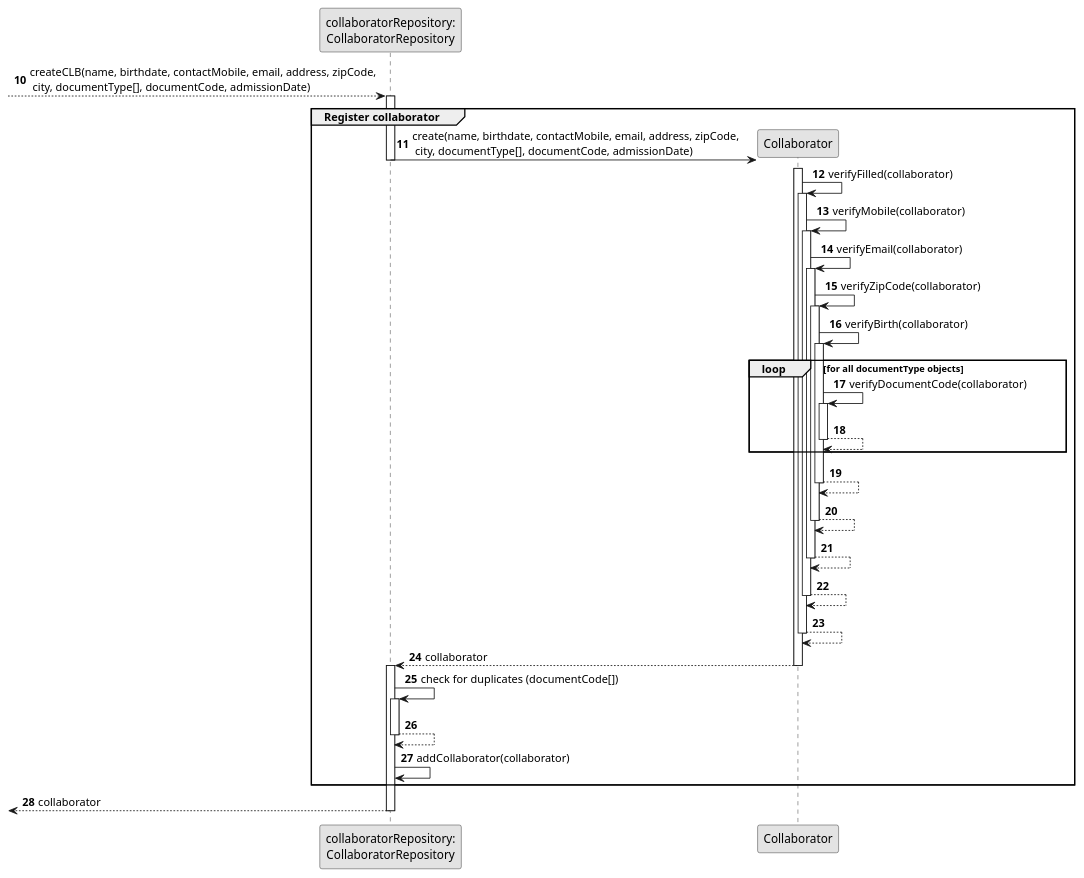
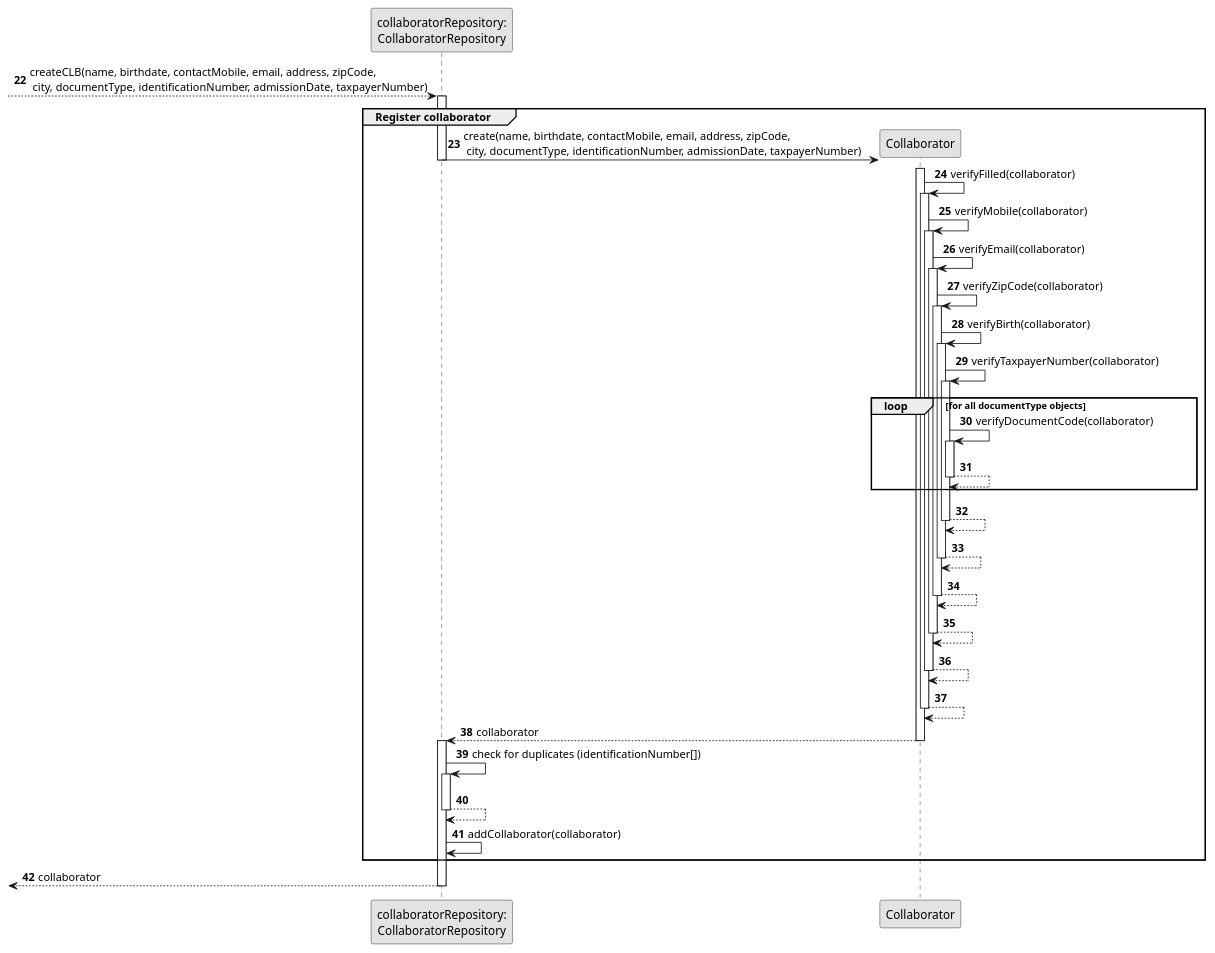
The diagram in docs/sprintB/us003/03.design/puml/us003-sequence-diagram-partial-register-collab.puml (ricardomm7/leaflink), drawn with PlantUML before and after one commit. The commit also changed 6 other files, not shown here.

```diff
--- a/docs/sprintB/us003/03.design/puml/us003-sequence-diagram-partial-register-collab.puml
+++ b/docs/sprintB/us003/03.design/puml/us003-sequence-diagram-partial-register-collab.puml
@@ -1,63 +1,67 @@
 @startuml
 skinparam monochrome true
 skinparam packageStyle rectangle
 skinparam shadowing false
 
 participant "collaboratorRepository:\nCollaboratorRepository" as CLBREP
 participant "Collaborator" as CLB
 
-autonumber 10
---> CLBREP: createCLB(name, birthdate, contactMobile, email, address, zipCode,\n city, documentType[], documentCode, admissionDate)
+autonumber 22
+--> CLBREP: createCLB(name, birthdate, contactMobile, email, address, zipCode,\n city, documentType, identificationNumber, admissionDate, taxpayerNumber)
 activate CLBREP
     group Register collaborator
-    CLBREP->CLB** : create(name, birthdate, contactMobile, email, address, zipCode,\n city, documentType[], documentCode, admissionDate)
+    CLBREP->CLB** : create(name, birthdate, contactMobile, email, address, zipCode,\n city, documentType, identificationNumber, admissionDate, taxpayerNumber)
 deactivate CLBREP
 
         activate CLB
         CLB -> CLB : verifyFilled(collaborator)
         activate CLB
         CLB -> CLB : verifyMobile(collaborator)
         activate CLB
         CLB -> CLB : verifyEmail(collaborator)
         activate CLB
         CLB -> CLB : verifyZipCode(collaborator)
         activate CLB
         CLB -> CLB : verifyBirth(collaborator)
+        activate CLB
+        CLB -> CLB : verifyTaxpayerNumber(collaborator)
         activate CLB
 
         loop for all documentType objects
         CLB -> CLB : verifyDocumentCode(collaborator)
         activate CLB
         CLB --> CLB
         deactivate CLB
         end loop
 
         CLB --> CLB
         deactivate CLB
         CLB --> CLB
         deactivate CLB
         CLB --> CLB
         deactivate CLB
         CLB --> CLB
         deactivate CLB
         CLB --> CLB
         deactivate CLB
+        CLB --> CLB
+        deactivate CLB
 
 
         CLB --> CLBREP : collaborator
         deactivate CLB
         activate CLBREP
 
-CLBREP -> CLBREP : check for duplicates (documentCode[])
+CLBREP -> CLBREP : check for duplicates (identificationNumber[])
 activate CLBREP
 CLBREP --> CLBREP
 deactivate CLBREP
 CLBREP -> CLBREP: addCollaborator(collaborator)
 
 end
 <--CLBREP : collaborator
 deactivate CLBREP
         deactivate CLB
 
 
 @enduml
```
